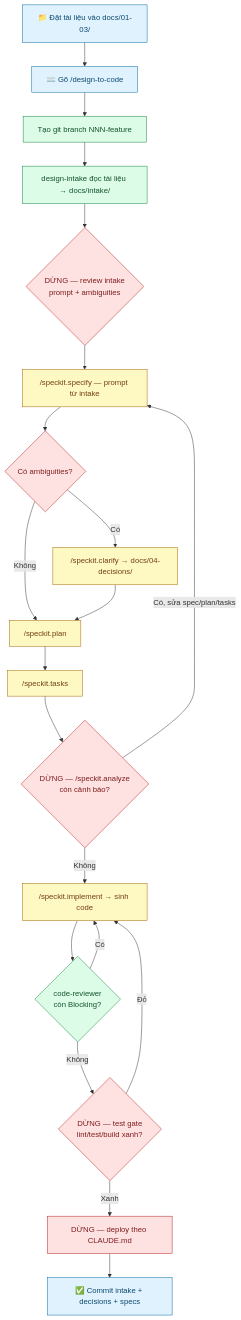
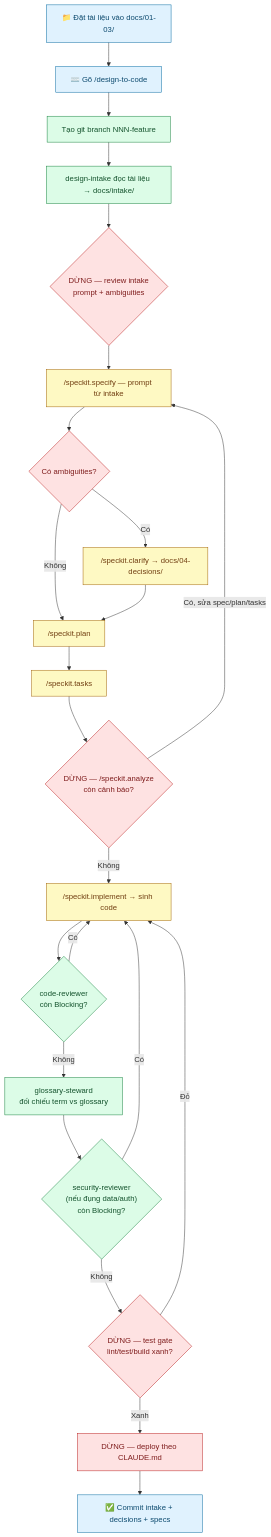
Before and after one commit to hoanghainh1188/spec-driven-jp: the diagram in README.md, drawn with Mermaid. The commit also changed other lines of this file and 11 other files, not shown here.

First line of the commit message:
feat: add security-reviewer + glossary-steward agents and format hook

````diff
--- a/README.md
+++ b/README.md
@@ -91,27 +95,30 @@
 ```mermaid
 flowchart TD
     A["📁 Đặt tài liệu vào docs/01-03/"]:::user --> B["⌨️ Gõ /design-to-code"]:::user
     B --> C["Tạo git branch NNN-feature"]:::auto
     C --> D["design-intake đọc tài liệu → docs/intake/"]:::auto
     D --> E{"DỪNG — review intake<br/>prompt + ambiguities"}:::stop
     E --> F["/speckit.specify — prompt từ intake"]:::handoff
     F --> G{"Có ambiguities?"}:::stop
     G -- Có --> H["/speckit.clarify → docs/04-decisions/"]:::handoff
     G -- Không --> I["/speckit.plan"]:::handoff
     H --> I
     I --> J["/speckit.tasks"]:::handoff
     J --> K{"DỪNG — /speckit.analyze<br/>còn cảnh báo?"}:::stop
     K -- Có, sửa spec/plan/tasks --> F
     K -- Không --> L["/speckit.implement → sinh code"]:::handoff
     L --> M{"code-reviewer<br/>còn Blocking?"}:::auto
     M -- Có --> L
-    M -- Không --> N{"DỪNG — test gate<br/>lint/test/build xanh?"}:::stop
+    M -- Không --> Q["glossary-steward<br/>đối chiếu term vs glossary"]:::auto
+    Q --> R{"security-reviewer<br/>(nếu đụng data/auth)<br/>còn Blocking?"}:::auto
+    R -- Có --> L
+    R -- Không --> N{"DỪNG — test gate<br/>lint/test/build xanh?"}:::stop
     N -- Đỏ --> L
     N -- Xanh --> O["DỪNG — deploy theo CLAUDE.md"]:::stop
     O --> P["✅ Commit intake + decisions + specs"]:::user
 
     classDef user fill:#e0f2fe,stroke:#0369a1,color:#0c4a6e
     classDef auto fill:#dcfce7,stroke:#15803d,color:#14532d
     classDef handoff fill:#fef9c3,stroke:#a16207,color:#713f12
     classDef stop fill:#fee2e2,stroke:#b91c1c,color:#7f1d1d
 ```
````
